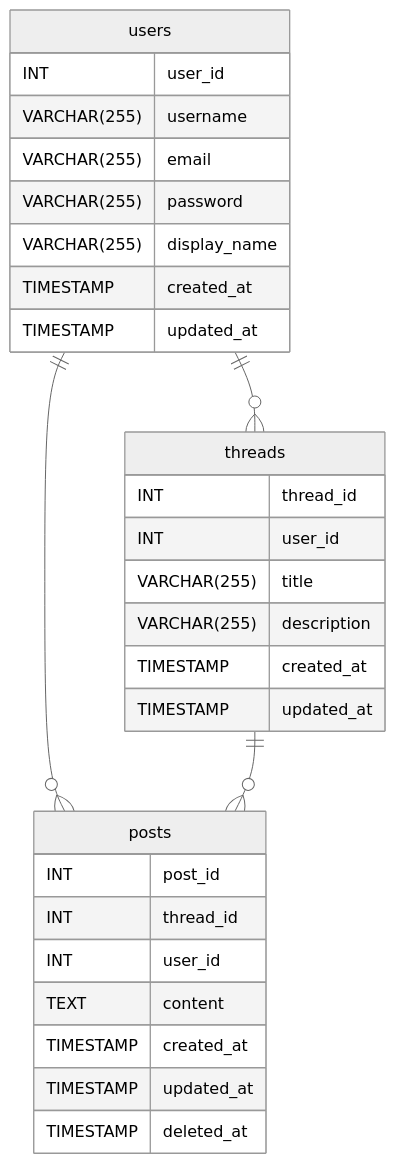
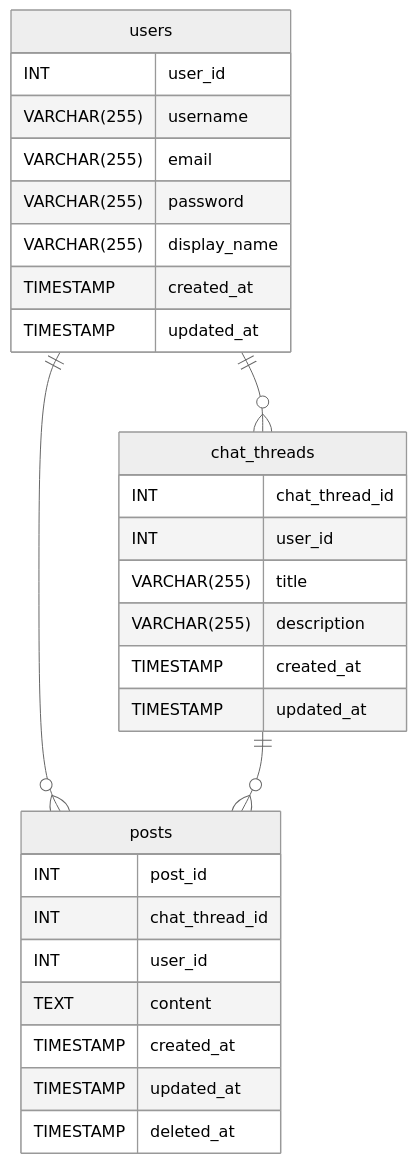
One commit to tsuji-108/pub_rails_practice changed the diagram in docs/DATABASE.md. Above: the diagram before and after it, drawn with Mermaid (neutral theme). The commit also changed other lines of this file, not shown here.

````diff
--- a/docs/DATABASE.md
+++ b/docs/DATABASE.md
@@ -13,36 +13,36 @@
 ```mermaid
 erDiagram
 users {
   INT          user_id
   VARCHAR(255) username
   VARCHAR(255) email
   VARCHAR(255) password
   VARCHAR(255) display_name
   TIMESTAMP    created_at
   TIMESTAMP    updated_at
 }
 
-threads {
-  INT          thread_id
+chat_threads {
+  INT          chat_thread_id
   INT          user_id
   VARCHAR(255) title
   VARCHAR(255) description
   TIMESTAMP    created_at
   TIMESTAMP    updated_at
 }
 
 posts {
   INT       post_id
-  INT       thread_id
+  INT       chat_thread_id
   INT       user_id
   TEXT      content
   TIMESTAMP created_at
   TIMESTAMP updated_at
   TIMESTAMP deleted_at
 }
 
-users ||--o{ threads : ""
+users ||--o{ chat_threads : ""
 users ||--o{ posts : ""
 
-threads ||--o{ posts : ""
+chat_threads ||--o{ posts : ""
 ```
````
